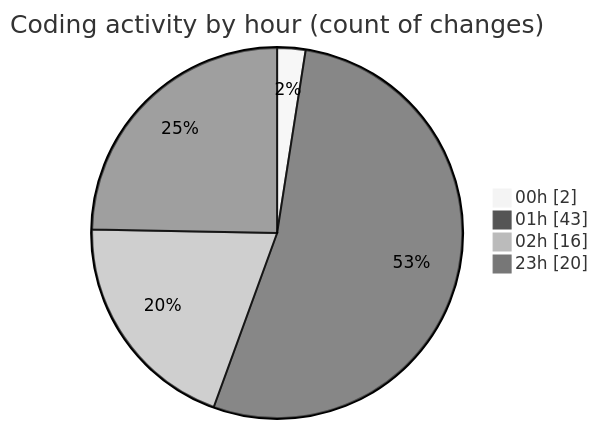
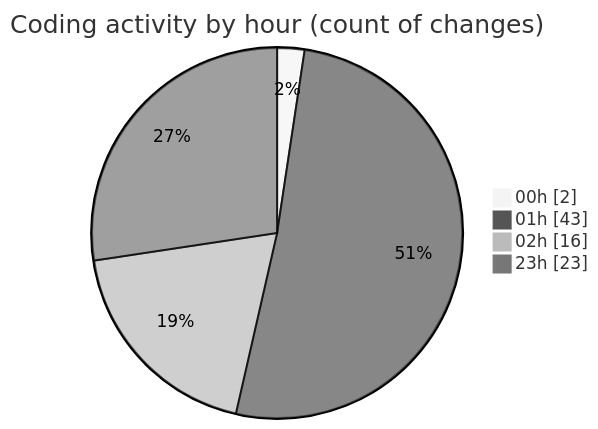
The second of 2 diagrams in 2025-07-16/nhahang/README.md (lephambinh05/code-tracking), drawn with Mermaid (neutral theme) before and after one commit. The commit also changed other lines of this file and 1 other file, not shown here.

````diff
--- a/2025-07-16/nhahang/README.md
+++ b/2025-07-16/nhahang/README.md
@@ -57,8 +58,8 @@
 ```mermaid
 pie showData
 title Coding activity by hour (count of changes)
 "00h" : 2
 "01h" : 43
 "02h" : 16
-"23h" : 20
+"23h" : 23
 ```
````
